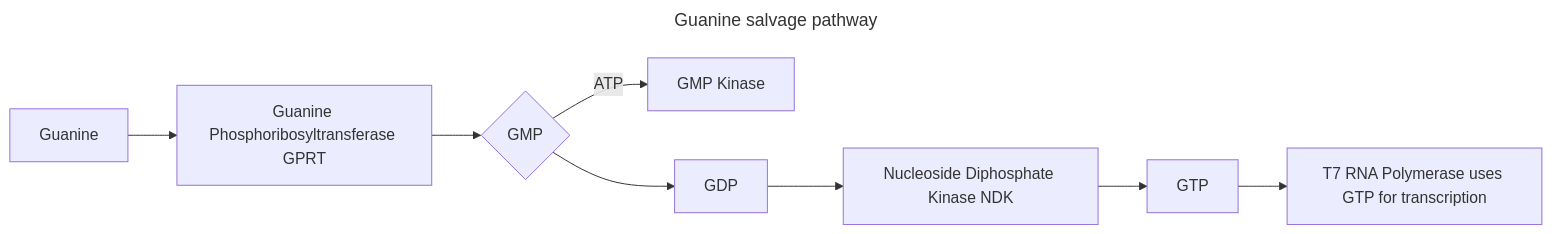
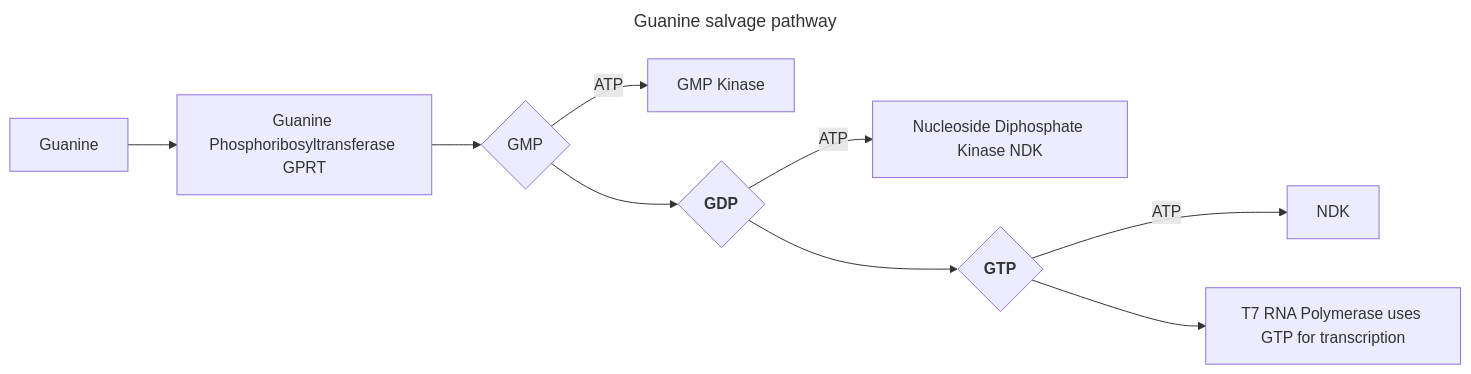
One commit to DigitalTypewriter/HTGAA_26Spring_DT changed the first of 2 diagrams in content/homework/week-11-hw-building-genomes/_index.md. Above: the diagram before and after it, drawn with Mermaid.

````diff
--- a/content/homework/week-11-hw-building-genomes/_index.md
+++ b/content/homework/week-11-hw-building-genomes/_index.md
@@ -50,13 +50,14 @@
 ```mermaid
 ---
 title: Guanine salvage pathway
 ---
 graph LR;
     A[Guanine] --> B[Guanine Phosphoribosyltransferase GPRT]
     B --> C{<stron>GMP</strong>}
     C --> |ATP| D[GMP Kinase]
-    C --> E[GDP]
-    E --> F[Nucleoside Diphosphate Kinase NDK]
-    F --> G[GTP]
-    G --> H[T7 RNA Polymerase uses GTP for transcription]
+    C --> E{<strong>GDP</strong>}
+    E --> |ATP| F[Nucleoside Diphosphate Kinase NDK]
+    E --> G{<strong>GTP</strong>}
+    G --> |ATP| H[NDK]
+    G --> I[T7 RNA Polymerase uses GTP for transcription]
 ```
````
